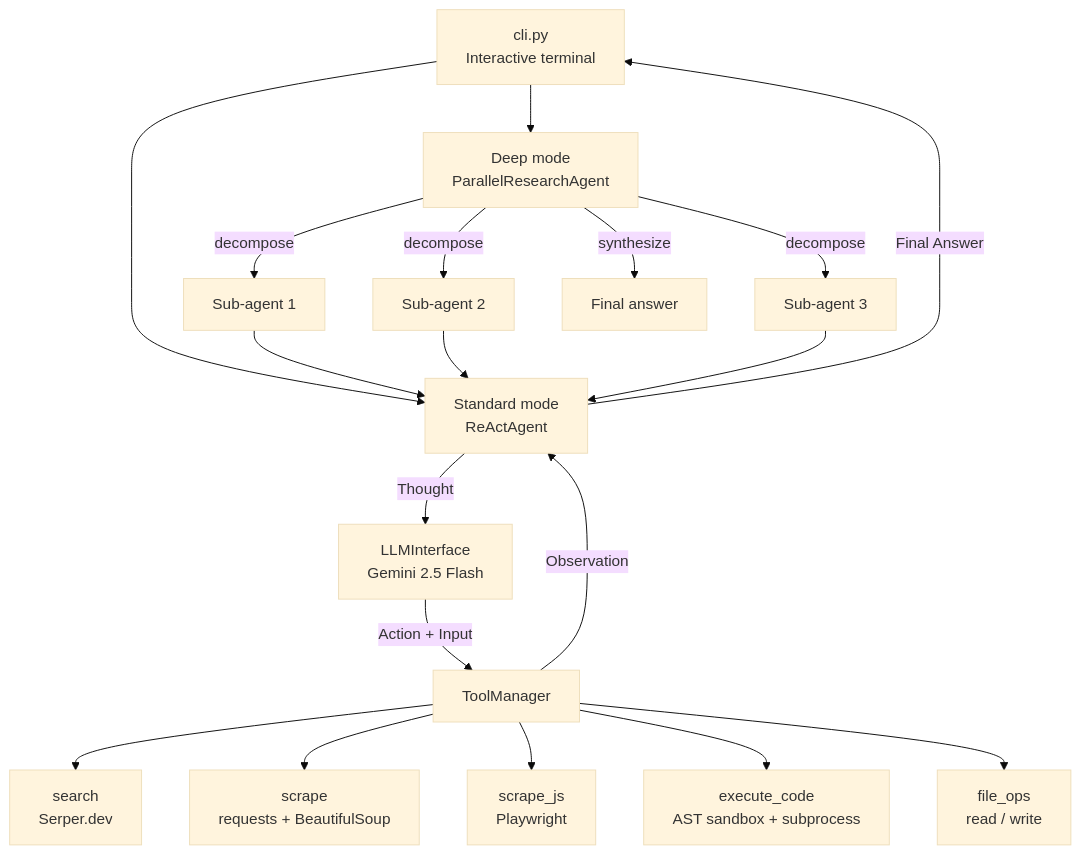
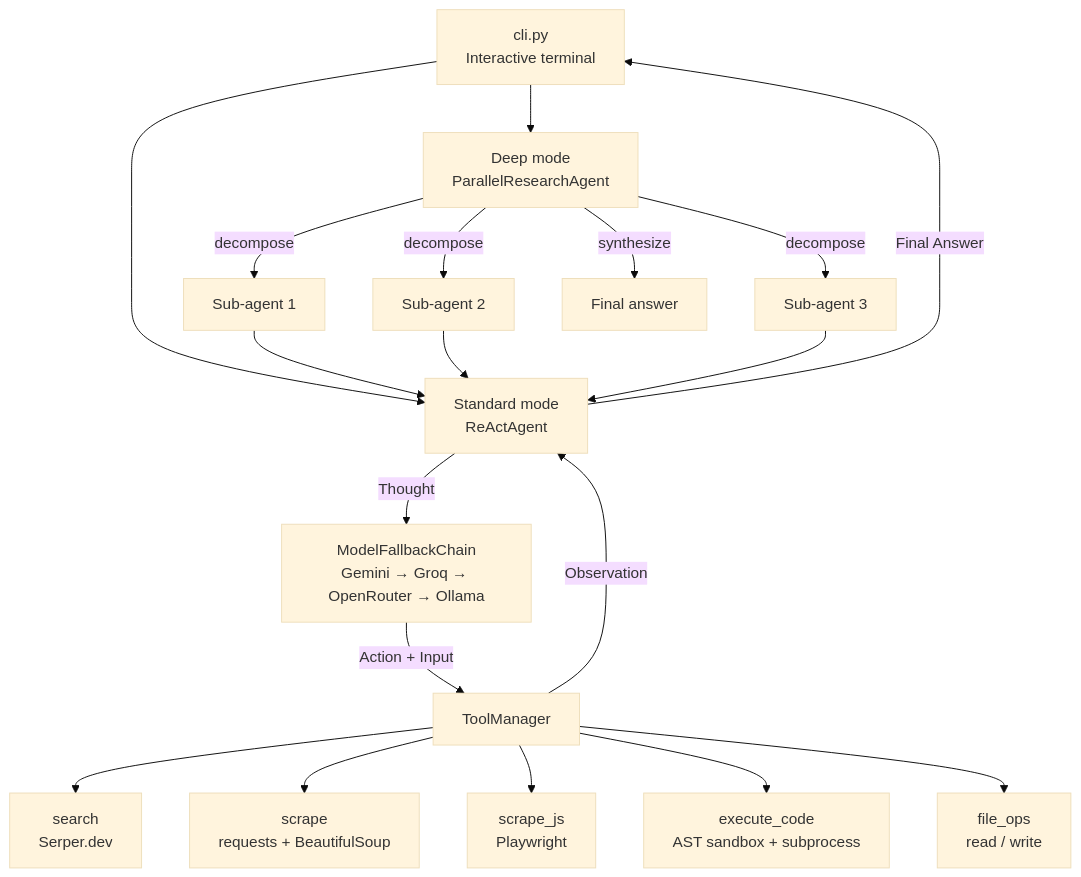
The diagram in README.md (ashioyajotham/web_research_agent), drawn with Mermaid (base theme) before and after one commit. The commit also changed other lines of this file and 5 other files, not shown here.

````diff
--- a/README.md
+++ b/README.md
@@ -33,24 +33,24 @@
 ```mermaid
 flowchart TD
     CLI["cli.py\nInteractive terminal"] --> SM["Standard mode\nReActAgent"]
     CLI --> DM["Deep mode\nParallelResearchAgent"]
 
     DM -->|decompose| SQ1["Sub-agent 1"]
     DM -->|decompose| SQ2["Sub-agent 2"]
     DM -->|decompose| SQ3["Sub-agent 3"]
     DM -->|synthesize| ANS["Final answer"]
 
     SQ1 & SQ2 & SQ3 --> SM
 
-    SM -->|Thought| LLM["LLMInterface\nGemini 2.5 Flash"]
+    SM -->|Thought| LLM["ModelFallbackChain\nGemini → Groq → OpenRouter → Ollama"]
     LLM -->|Action + Input| TM["ToolManager"]
 
     TM --> S["search\nSerper.dev"]
     TM --> SC["scrape\nrequests + BeautifulSoup"]
     TM --> BR["scrape_js\nPlaywright"]
     TM --> CE["execute_code\nAST sandbox + subprocess"]
     TM --> FO["file_ops\nread / write"]
 
     TM -->|Observation| SM
     SM -->|Final Answer| CLI
 ```
````
